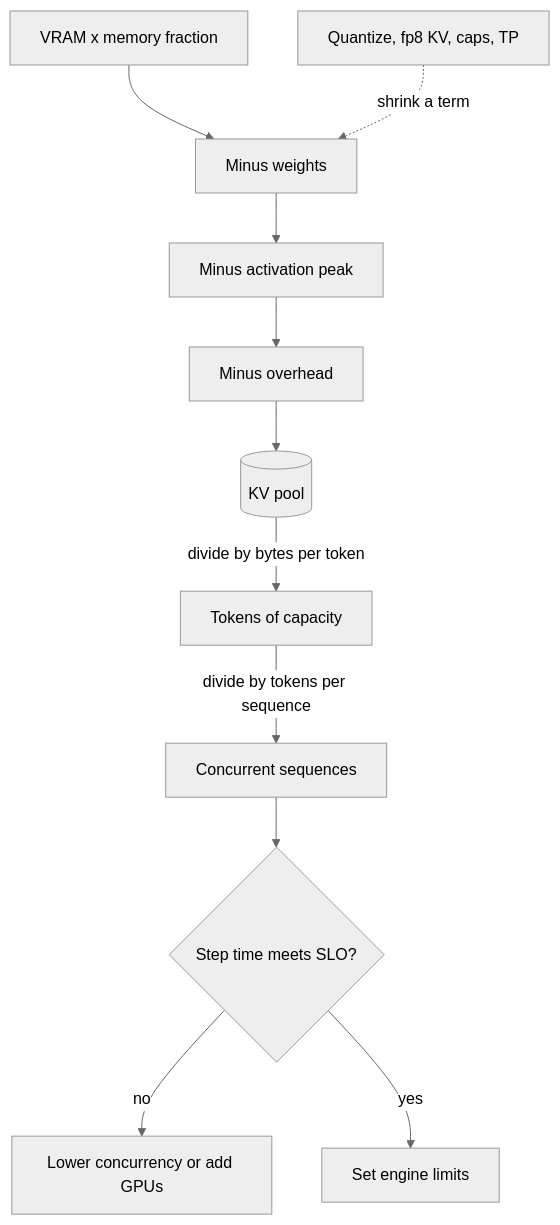
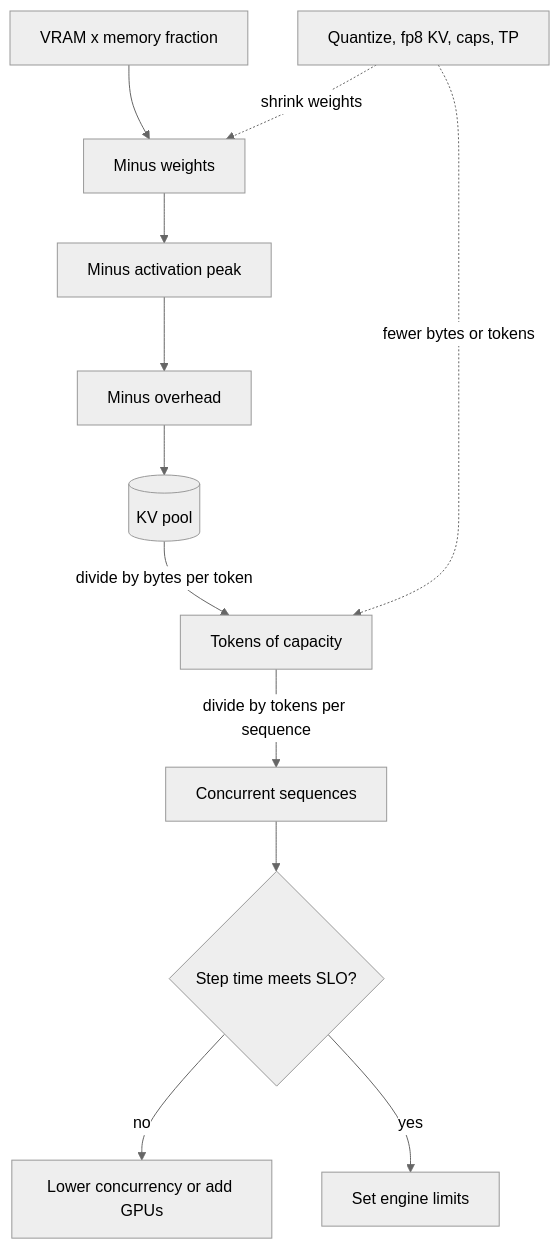
The diagram in content/serving-inference/gpu-memory-optimization.md (lovishmahajan97/agentic-learning), drawn with Mermaid (neutral theme) before and after one commit. The commit also changed other lines of this file and 213 other files, not shown here.

````diff
--- a/content/serving-inference/gpu-memory-optimization.md
+++ b/content/serving-inference/gpu-memory-optimization.md
@@ -129,13 +129,14 @@
 ```mermaid
 flowchart TD
     V["VRAM x memory fraction"] --> W["Minus weights"]
     W --> A["Minus activation peak"]
     A --> O["Minus overhead"]
     O --> P[("KV pool")]
     P -->|"divide by bytes per token"| T["Tokens of capacity"]
     T -->|"divide by tokens per sequence"| C["Concurrent sequences"]
     C --> L{"Step time meets SLO?"}
     L -->|"no"| R["Lower concurrency or add GPUs"]
     L -->|"yes"| D["Set engine limits"]
-    Q["Quantize, fp8 KV, caps, TP"] -.->|"shrink a term"| W
+    Q["Quantize, fp8 KV, caps, TP"] -.->|"shrink weights"| W
+    Q -.->|"fewer bytes or tokens"| T
 ```
````
